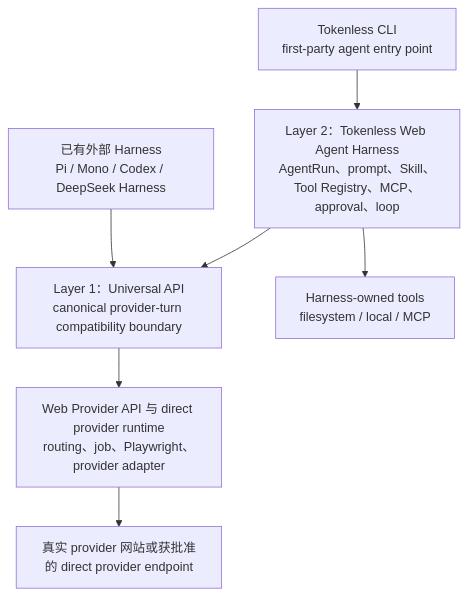
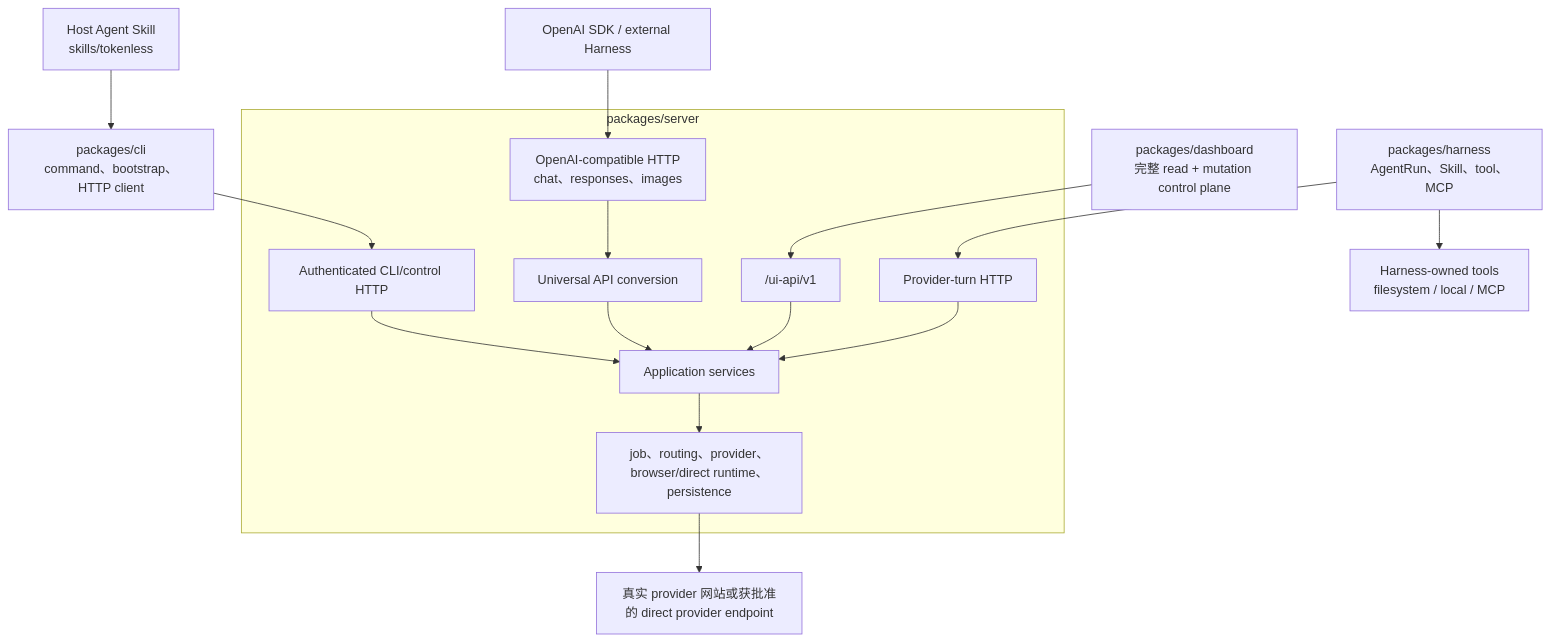
The diagram in docs/architecture.zh-CN.md (jazelly/tokenless), drawn with Mermaid before and after one commit. The commit also changed other lines of this file and 366 other files, not shown here.

````diff
--- a/docs/architecture.zh-CN.md
+++ b/docs/architecture.zh-CN.md
@@ -9,17 +9,23 @@
 ```mermaid
 flowchart TB
-  External["已有外部 Harness<br/>Pi / Mono / Codex / DeepSeek Harness"]
-  CLI["Tokenless CLI<br/>first-party agent entry point"]
-  Harness["Layer 2：Tokenless Web Agent Harness<br/>AgentRun、prompt、Skill、Tool Registry、MCP、approval、loop"]
-  API["Layer 1：Universal API<br/>canonical provider-turn compatibility boundary"]
-  Provider["Web Provider API 与 direct provider runtime<br/>routing、job、Playwright、provider adapter"]
+  Skill["Host Agent Skill<br/>skills/tokenless"] --> CLI
+  CLI["packages/cli<br/>command、bootstrap、HTTP client"] --> Control["Authenticated CLI/control HTTP"]
+  Dashboard["packages/dashboard<br/>完整 read + mutation control plane"] --> UIAPI["/ui-api/v1"]
+  External["OpenAI SDK / external Harness"] --> API["OpenAI-compatible HTTP<br/>chat、responses、images"]
+  Harness["packages/harness<br/>AgentRun、Skill、tool、MCP"] --> Turn["Provider-turn HTTP"]
+
+  subgraph Server["packages/server"]
+    Control --> Application["Application services"]
+    UIAPI --> Application
+    API --> Universal["Universal API conversion"]
+    Turn --> Application
+    Universal --> Application
+    Application --> Provider["job、routing、provider、browser/direct runtime、persistence"]
+  end
+
   Browser["真实 provider 网站或获批准的 direct provider endpoint"]
   Tools["Harness-owned tools<br/>filesystem / local / MCP"]
 
-  External --> API
-  CLI --> Harness
-  Harness --> API
   Harness --> Tools
-  API --> Provider
   Provider --> Browser
 ```
````
